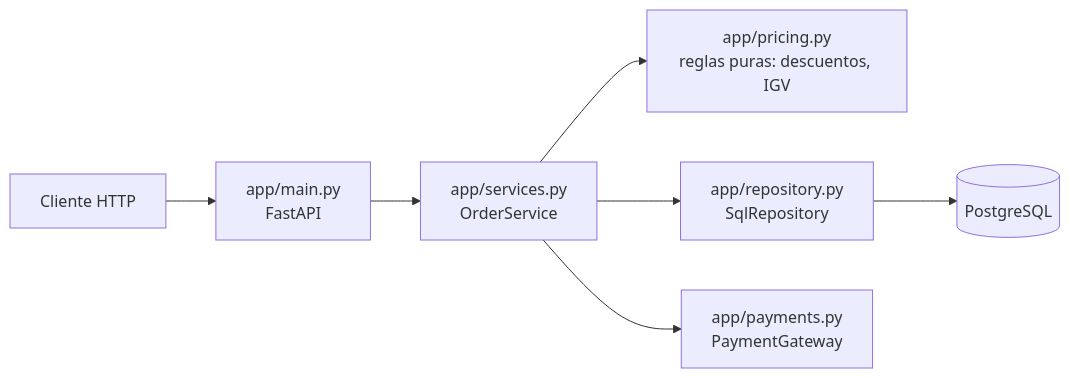
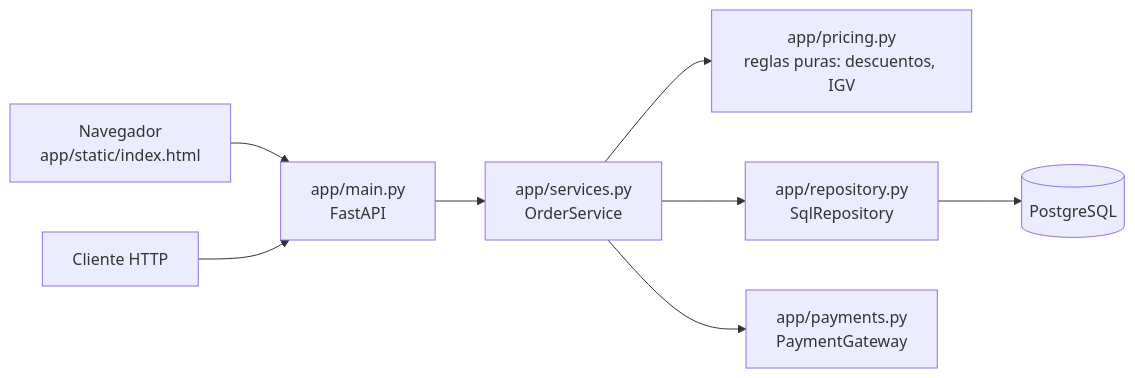
Before and after one commit to josedelcastillo/testing-example: the diagram in README.md, drawn with Mermaid. The commit also changed other lines of this file and 18 other files, not shown here.

````diff
--- a/README.md
+++ b/README.md
@@ -26,9 +30,10 @@
 ```mermaid
 flowchart LR
+    U[Navegador<br/>app/static/index.html] --> API
     C[Cliente HTTP] --> API[app/main.py<br/>FastAPI]
     API --> S[app/services.py<br/>OrderService]
     S --> P[app/pricing.py<br/>reglas puras: descuentos, IGV]
     S --> R[app/repository.py<br/>SqlRepository]
     S --> G[app/payments.py<br/>PaymentGateway]
     R --> DB[(PostgreSQL)]
 ```
````
